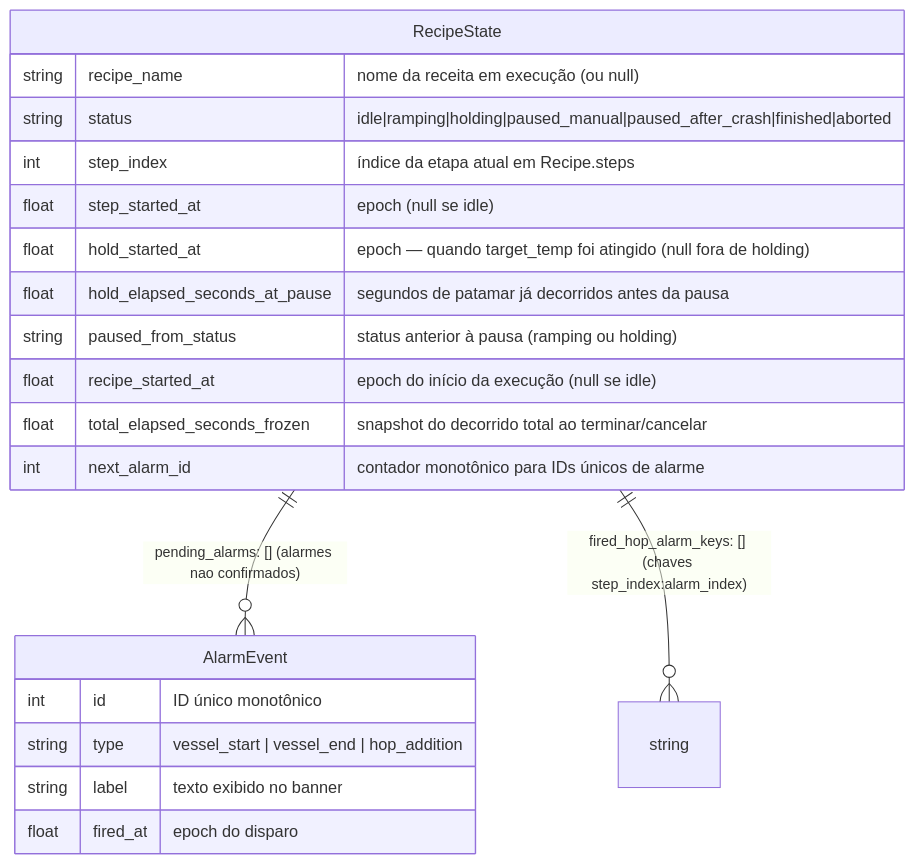
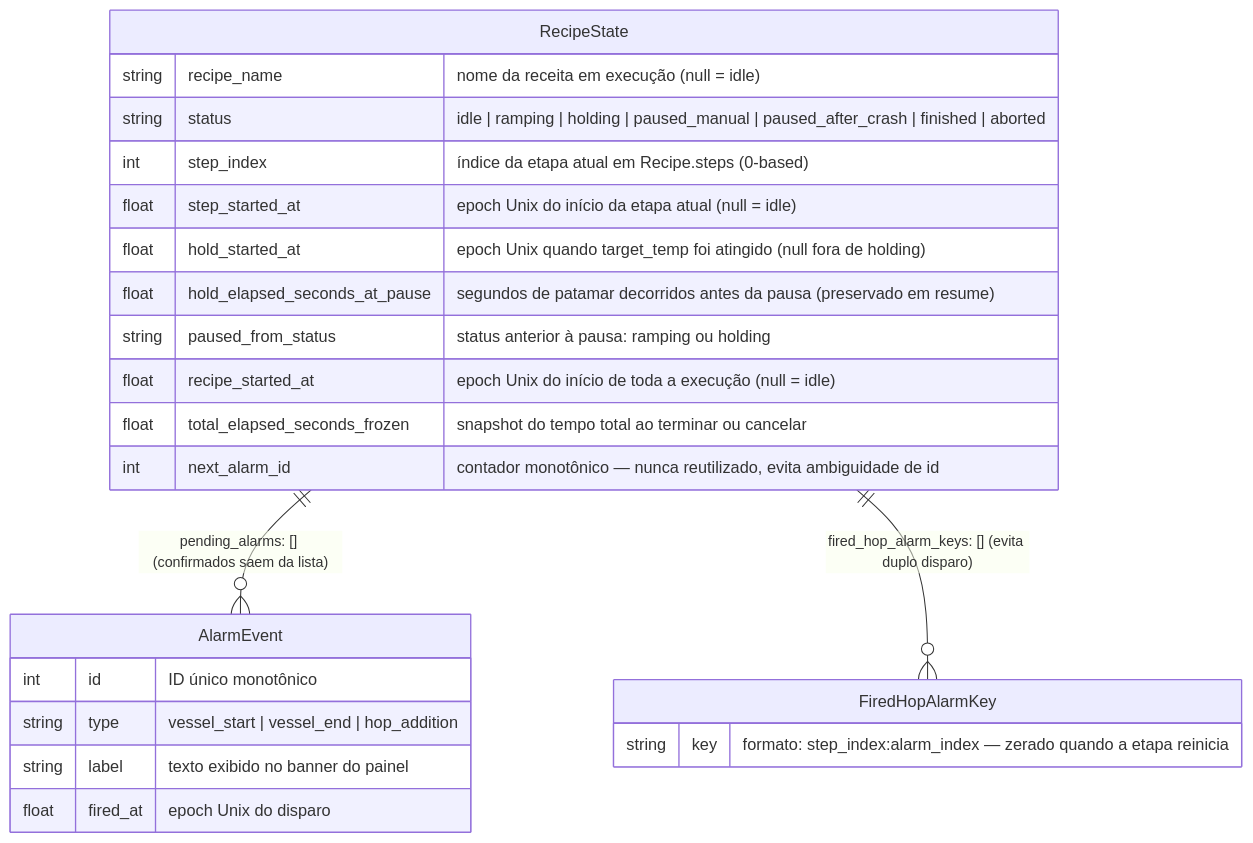
The fourth of 5 diagrams in docs/technical/04-modelo-de-dados.md (ChristopherNicolasSMM/Tesseract-Device-Bridge), drawn with Mermaid before and after one commit. The commit also changed other lines of this file and 9 other files, not shown here.

Commit message:
Docs: atualiza todos os .md com GPIO, logs, servico, ER e casos de uso

````diff
--- a/docs/technical/04-modelo-de-dados.md
+++ b/docs/technical/04-modelo-de-dados.md
@@ -126,24 +172,27 @@
 ```mermaid
 erDiagram
     RecipeState {
-        string recipe_name "nome da receita em execução (ou null)"
-        string status "idle|ramping|holding|paused_manual|paused_after_crash|finished|aborted"
-        int step_index "índice da etapa atual em Recipe.steps"
-        float step_started_at "epoch (null se idle)"
-        float hold_started_at "epoch — quando target_temp foi atingido (null fora de holding)"
-        float hold_elapsed_seconds_at_pause "segundos de patamar já decorridos antes da pausa"
-        string paused_from_status "status anterior à pausa (ramping ou holding)"
-        float recipe_started_at "epoch do início da execução (null se idle)"
-        float total_elapsed_seconds_frozen "snapshot do decorrido total ao terminar/cancelar"
-        int next_alarm_id "contador monotônico para IDs únicos de alarme"
+        string recipe_name "nome da receita em execução (null = idle)"
+        string status "idle | ramping | holding | paused_manual | paused_after_crash | finished | aborted"
+        int step_index "índice da etapa atual em Recipe.steps (0-based)"
+        float step_started_at "epoch Unix do início da etapa atual (null = idle)"
+        float hold_started_at "epoch Unix quando target_temp foi atingido (null fora de holding)"
+        float hold_elapsed_seconds_at_pause "segundos de patamar decorridos antes da pausa (preservado em resume)"
+        string paused_from_status "status anterior à pausa: ramping ou holding"
+        float recipe_started_at "epoch Unix do início de toda a execução (null = idle)"
+        float total_elapsed_seconds_frozen "snapshot do tempo total ao terminar ou cancelar"
+        int next_alarm_id "contador monotônico — nunca reutilizado, evita ambiguidade de id"
     }
     AlarmEvent {
         int id "ID único monotônico"
         string type "vessel_start | vessel_end | hop_addition"
-        string label "texto exibido no banner"
-        float fired_at "epoch do disparo"
+        string label "texto exibido no banner do painel"
+        float fired_at "epoch Unix do disparo"
+    }
+    FiredHopAlarmKey {
+        string key "formato: step_index:alarm_index — zerado quando a etapa reinicia"
     }
 
-    RecipeState ||--o{ AlarmEvent : "pending_alarms: [] (alarmes nao confirmados)"
-    RecipeState ||--o{ string : "fired_hop_alarm_keys: [] (chaves step_index:alarm_index)"
+    RecipeState ||--o{ AlarmEvent : "pending_alarms: [] (confirmados saem da lista)"
+    RecipeState ||--o{ FiredHopAlarmKey : "fired_hop_alarm_keys: [] (evita duplo disparo)"
 ```
````
